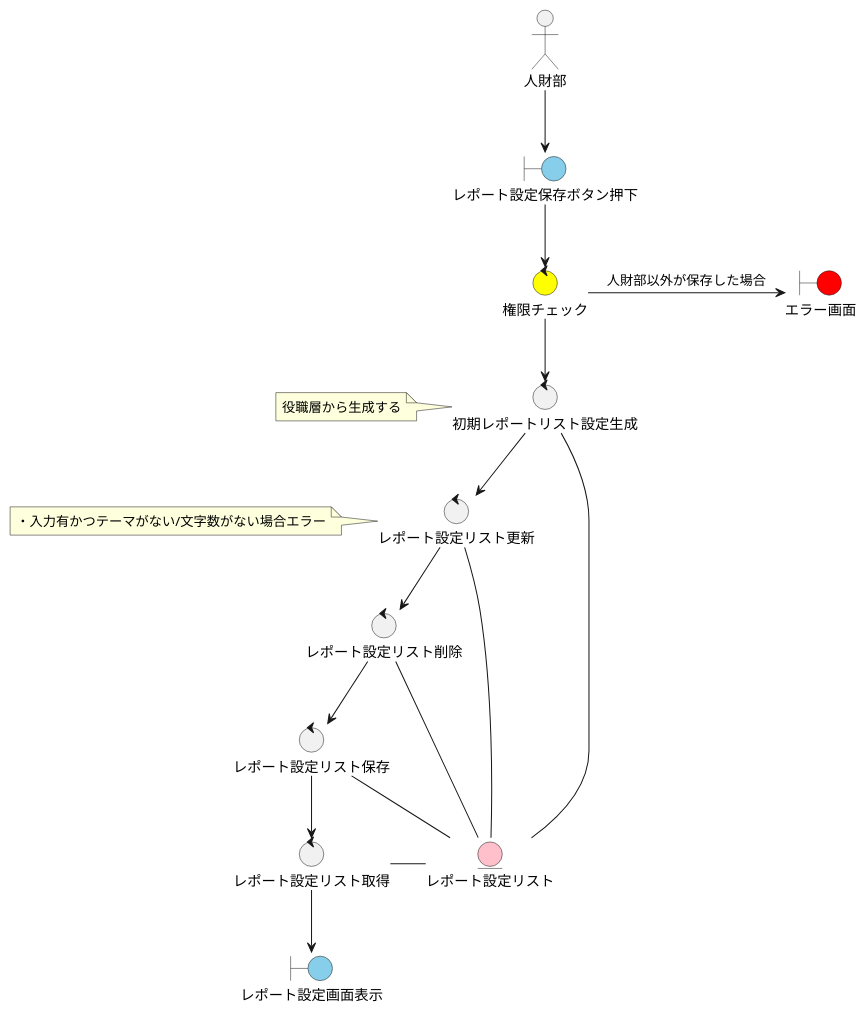
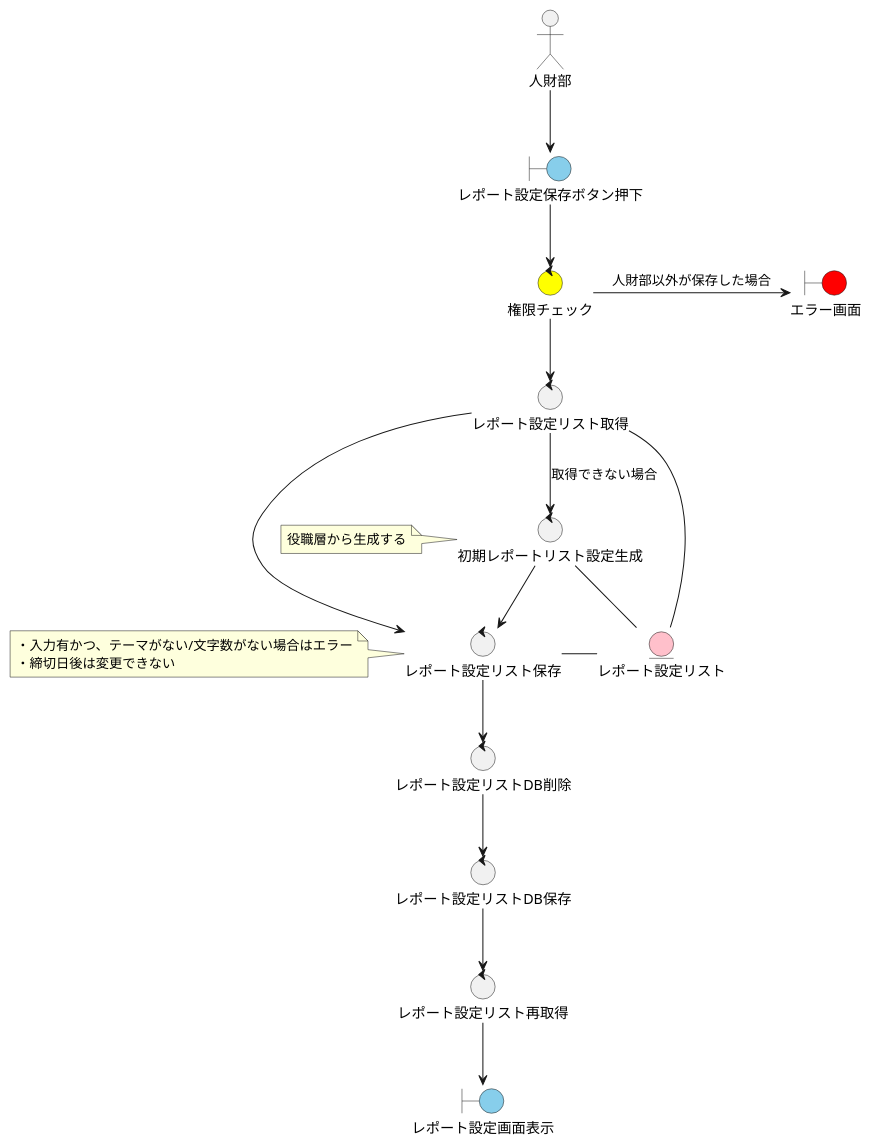
The diagram in 昇格推薦/ロバストネス図/レポート設定画面を保存する.pu (Nke0628/document), drawn with PlantUML before and after one commit.

Commit message:
レポート設定保存のロバストネス図修正

```diff
--- a/昇格推薦/ロバストネス図/レポート設定画面を保存する.pu
+++ b/昇格推薦/ロバストネス図/レポート設定画面を保存する.pu
@@ -1,46 +1,48 @@
 @startuml
 
 top to bottom direction
 
 'アクター
 actor 人財部
 
 'バウンダリ
 boundary レポート設定保存ボタン押下 #skyblue
 boundary レポート設定画面表示 #skyblue
 boundary エラー画面 #red
 
 'コントロール
 control 権限チェック #Yellow
+control レポート設定リスト取得
 control 初期レポートリスト設定生成
 note left of 初期レポートリスト設定生成
 役職層から生成する
 end note 
-control レポート設定リスト更新
-note left of レポート設定リスト更新
-・入力有かつテーマがない/文字数がない場合エラー
+control レポート設定リスト保存
+note left of レポート設定リスト保存 
+・入力有かつ、テーマがない/文字数がない場合はエラー
+・締切日後は変更できない
 end note 
-control レポート設定リスト削除
-control レポート設定リスト保存
-control レポート設定リスト取得
+control レポート設定リストDB削除
+control レポート設定リストDB保存
+control レポート設定リスト再取得
 
 'エンティティ
 entity レポート設定リスト #pink
 
 '処理概要
 人財部 --> レポート設定保存ボタン押下
 レポート設定保存ボタン押下 --> 権限チェック
-権限チェック --> 初期レポートリスト設定生成
+権限チェック --> レポート設定リスト取得
+レポート設定リスト取得 -right- レポート設定リスト
 権限チェック -> エラー画面 : 人財部以外が保存した場合
-初期レポートリスト設定生成 - レポート設定リスト
-初期レポートリスト設定生成 --> レポート設定リスト更新
-レポート設定リスト更新 - レポート設定リスト
-レポート設定リスト更新 --> レポート設定リスト削除
-レポート設定リスト削除 - レポート設定リスト
-レポート設定リスト削除 --> レポート設定リスト保存
+レポート設定リスト取得 --> 初期レポートリスト設定生成 : 取得できない場合
+初期レポートリスト設定生成 -right- レポート設定リスト
+レポート設定リスト取得 -> レポート設定リスト保存
+初期レポートリスト設定生成 --> レポート設定リスト保存
 レポート設定リスト保存 - レポート設定リスト
-レポート設定リスト保存 --> レポート設定リスト取得 
-レポート設定リスト取得 - レポート設定リスト 
-レポート設定リスト取得 --> レポート設定画面表示
+レポート設定リスト保存 --> レポート設定リストDB削除
+レポート設定リストDB削除 --> レポート設定リストDB保存
+レポート設定リストDB保存 --> レポート設定リスト再取得 
+レポート設定リスト再取得 --> レポート設定画面表示
 
 @enduml
```
